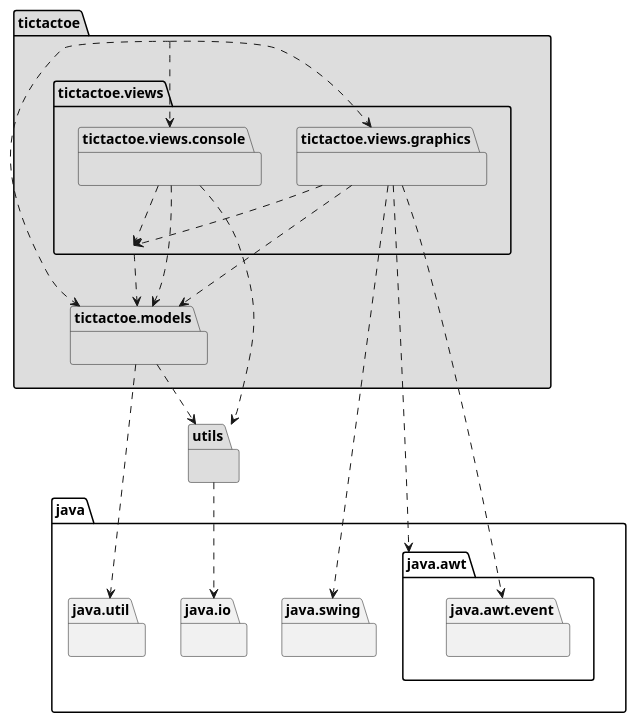
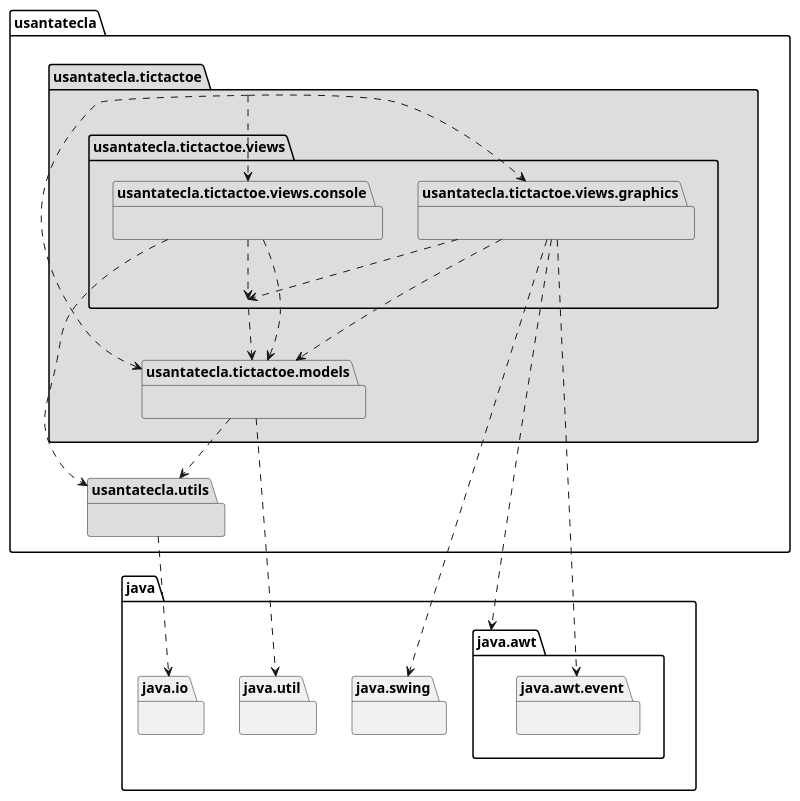
The diagram in documentView/withoutFactoryMethod/docs/diagrams/src/arquitectura.plantuml (Jolucaa/USantaTecla-project-ticTacToe), drawn with PlantUML before and after one commit. The commit also changed other lines of this file and 6 other files, not shown here.

```diff
--- a/documentView/withoutFactoryMethod/docs/diagrams/src/arquitectura.plantuml
+++ b/documentView/withoutFactoryMethod/docs/diagrams/src/arquitectura.plantuml
@@ -1,29 +1,29 @@
 @startuml arquitectura
-package tictactoe #DDDDDD { }
-package tictactoe.models #DDDDDD { }
-package tictactoe.views #DDDDDD { }
-package tictactoe.views.console #DDDDDD { }
-package tictactoe.views.graphics #DDDDDD { }
+package usantatecla.tictactoe #DDDDDD { }
+package usantatecla.tictactoe.models #DDDDDD { }
+package usantatecla.tictactoe.views #DDDDDD { }
+package usantatecla.tictactoe.views.console #DDDDDD { }
+package usantatecla.tictactoe.views.graphics #DDDDDD { }
+package usantatecla.utils #DDDDDD { }
 package java.util{ }
 package java.awt{ }
 package java.awt.event{ }
 package java.swing{ }
-tictactoe .down.> tictactoe.models
-tictactoe .down.> tictactoe.views.console
-tictactoe .down.> tictactoe.views.graphics
-tictactoe.views.console .down.> tictactoe.views
-tictactoe.views.graphics .down.> tictactoe.views
-tictactoe.views.graphics .down.> java.awt
-tictactoe.views.graphics .down.> java.awt.event
-tictactoe.views.graphics .down.> java.swing
-tictactoe.models .down.> java.util
-tictactoe.models .down.> utils
-tictactoe.views.console .down.> utils
-tictactoe.views .down.> tictactoe.models
-tictactoe.views.console .down.> tictactoe.models
-tictactoe.views.graphics .down.> tictactoe.models
+usantatecla.tictactoe .down.> usantatecla.tictactoe.models
+usantatecla.tictactoe .down.> usantatecla.tictactoe.views.console
+usantatecla.tictactoe .down.> usantatecla.tictactoe.views.graphics
+usantatecla.tictactoe.views.console .down.> usantatecla.tictactoe.views
+usantatecla.tictactoe.views.graphics .down.> usantatecla.tictactoe.views
+usantatecla.tictactoe.views.graphics .down.> java.awt
+usantatecla.tictactoe.views.graphics .down.> java.awt.event
+usantatecla.tictactoe.views.graphics .down.> java.swing
+usantatecla.tictactoe.models .down.> java.util
+usantatecla.tictactoe.models .down.> usantatecla.utils
+usantatecla.tictactoe.views.console .down.> usantatecla.utils
+usantatecla.tictactoe.views .down.> usantatecla.tictactoe.models
+usantatecla.tictactoe.views.console .down.> usantatecla.tictactoe.models
+usantatecla.tictactoe.views.graphics .down.> usantatecla.tictactoe.models
 
-package utils #DDDDDD { }
 package java.io{ }
-utils .down.> java.io
+usantatecla.utils .down.> java.io
 @enduml
```
